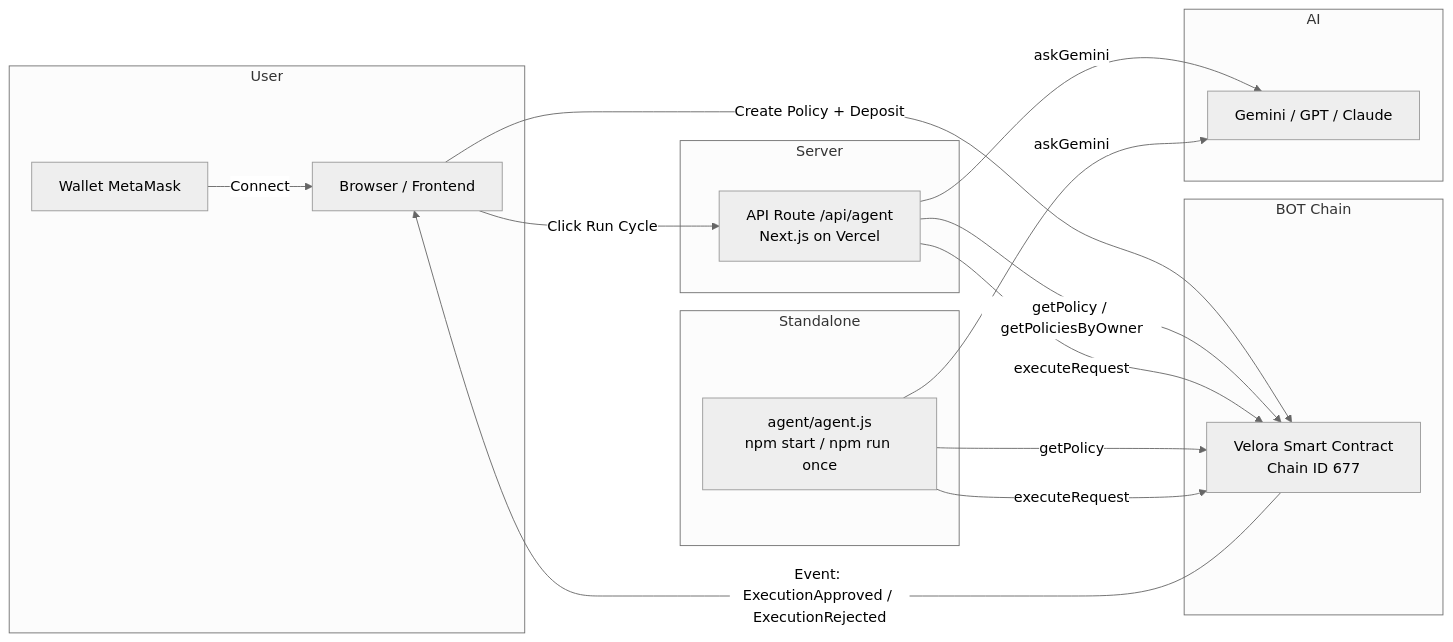
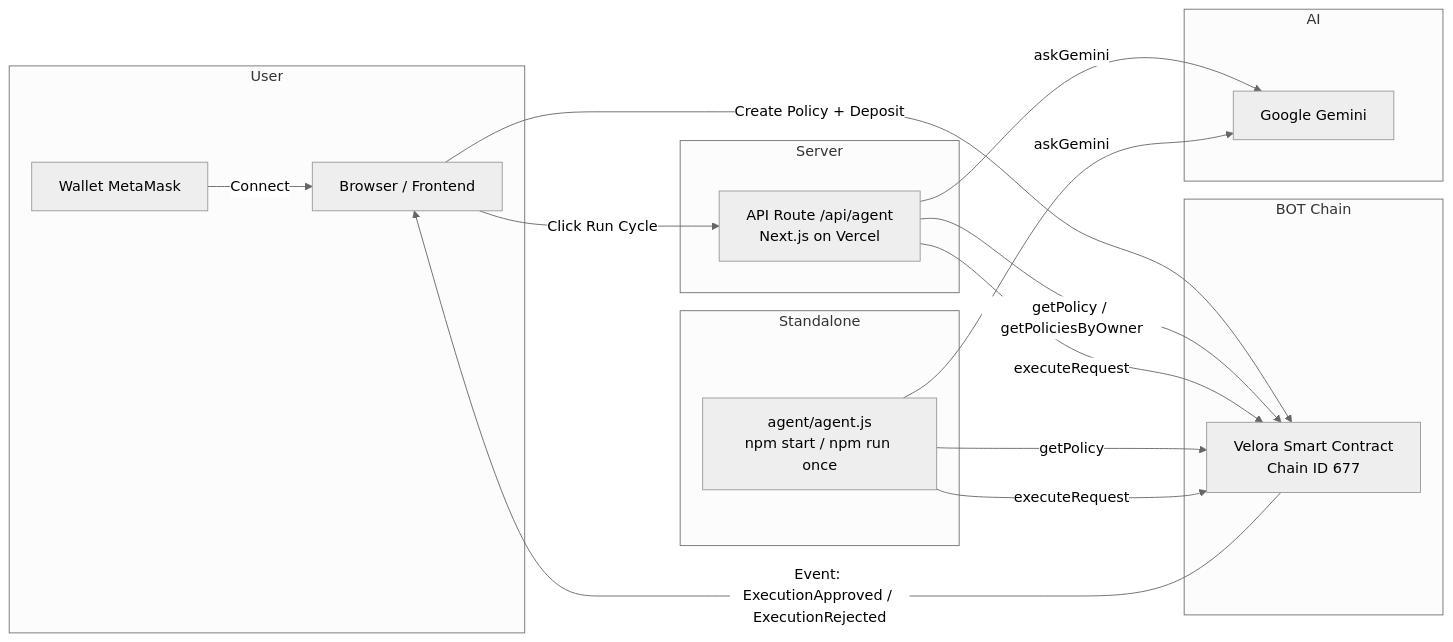
One commit to bayuapriansyah/velora changed the first of 3 diagrams in README.md. Above: the diagram before and after it, drawn with Mermaid (neutral theme). The commit also changed other lines of this file and 1 other file, not shown here.

````diff
--- a/README.md
+++ b/README.md
@@ -61,34 +61,34 @@
 ```mermaid
 flowchart LR
     subgraph User
         W[Wallet MetaMask]
         UI[Browser / Frontend]
     end
 
     subgraph Server
         API[API Route /api/agent<br/>Next.js on Vercel]
     end
 
     subgraph "BOT Chain"
         C[Velora Smart Contract<br/>Chain ID 677]
     end
 
     subgraph "AI"
-        LLM[Gemini / GPT / Claude]
+        LLM[Google Gemini]
     end
 
     subgraph "Standalone"
         S[agent/agent.js<br/>npm start / npm run once]
     end
 
     W -->|Connect| UI
     UI -->|Create Policy + Deposit| C
     UI -->|Click Run Cycle| API
     API -->|getPolicy / getPoliciesByOwner| C
     API -->|askGemini| LLM
     API -->|executeRequest| C
     S -->|getPolicy| C
     S -->|askGemini| LLM
     S -->|executeRequest| C
     C -->|Event: ExecutionApproved / ExecutionRejected| UI
 ```
````
